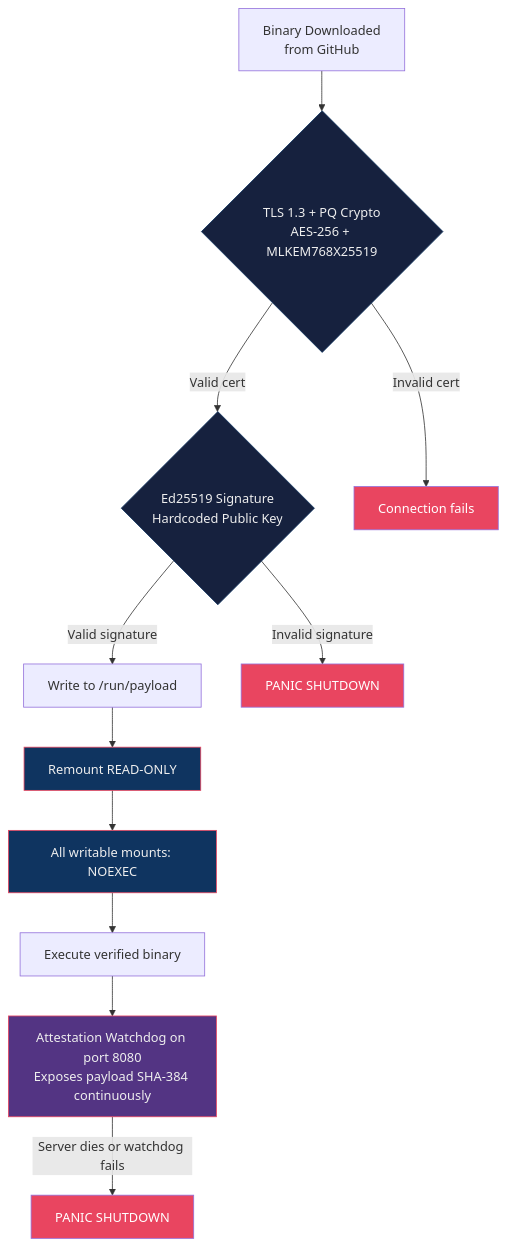
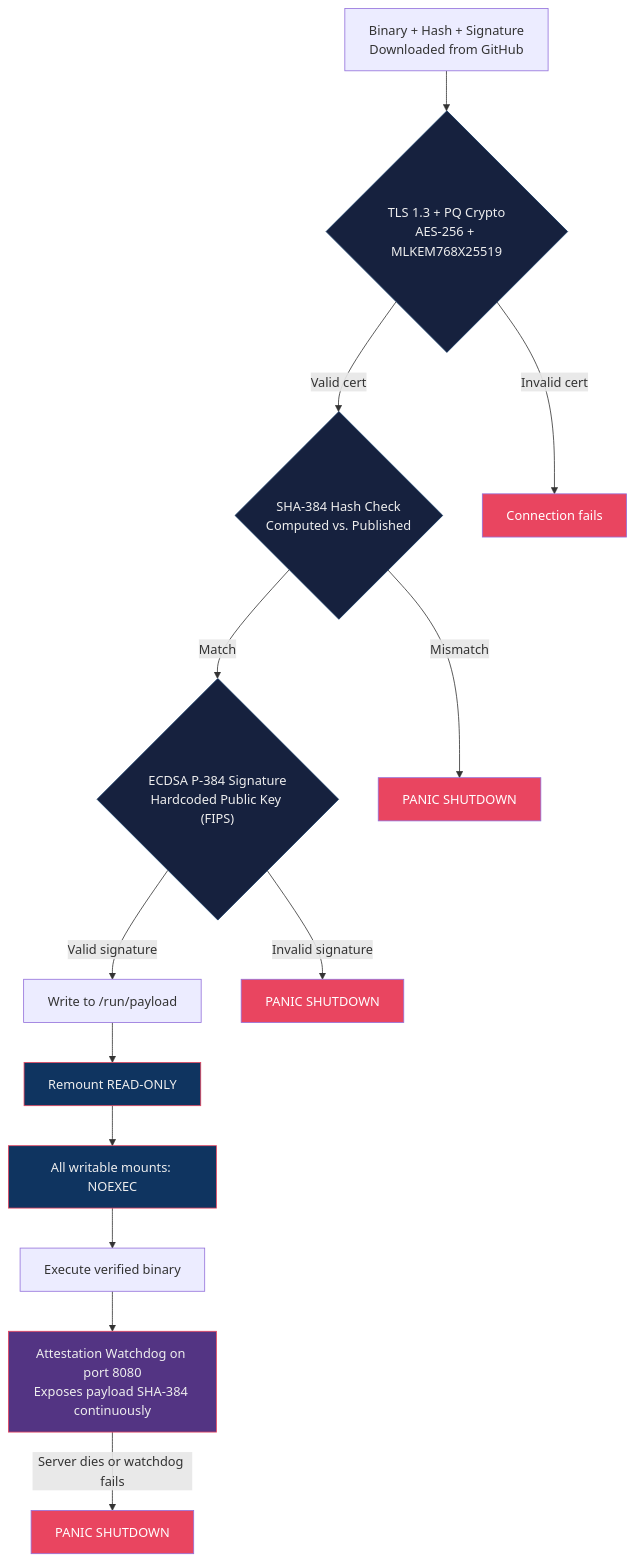
The second of 2 diagrams in docs/loader_security.md (deadrouter-ai/sev-micro-loader), drawn with Mermaid before and after one commit. The commit also changed other lines of this file and 9 other files, not shown here.

````diff
--- a/docs/loader_security.md
+++ b/docs/loader_security.md
@@ -176,29 +187,34 @@
 ```mermaid
 flowchart TB
-    DOWNLOAD["Binary Downloaded<br/>from GitHub"]
+    DOWNLOAD["Binary + Hash + Signature<br/>Downloaded from GitHub"]
     TLS{"TLS 1.3 + PQ Crypto<br/>AES-256 + MLKEM768X25519"}
-    SIG{"Ed25519 Signature<br/>Hardcoded Public Key"}
+    HASH{"SHA-384 Hash Check<br/>Computed vs. Published"}
+    SIG{"ECDSA P-384 Signature<br/>Hardcoded Public Key (FIPS)"}
     WRITE["Write to /run/payload"]
     LOCK["Remount READ-ONLY"]
     NOEXEC["All writable mounts: NOEXEC"]
     RUN["Execute verified binary"]
     WATCH["Attestation Watchdog on port 8080<br/>Exposes payload SHA-384 continuously"]
 
     DOWNLOAD --> TLS
-    TLS -->|"Valid cert"| SIG
+    TLS -->|"Valid cert"| HASH
     TLS -->|"Invalid cert"| HALT1["Connection fails"]
+    HASH -->|"Match"| SIG
+    HASH -->|"Mismatch"| HALT2["PANIC SHUTDOWN"]
     SIG -->|"Valid signature"| WRITE
-    SIG -->|"Invalid signature"| HALT2["PANIC SHUTDOWN"]
+    SIG -->|"Invalid signature"| HALT3["PANIC SHUTDOWN"]
     WRITE --> LOCK --> NOEXEC --> RUN
     RUN --> WATCH
-    WATCH -->|"Server dies or watchdog fails"| HALT3["PANIC SHUTDOWN"]
+    WATCH -->|"Server dies or watchdog fails"| HALT4["PANIC SHUTDOWN"]
 
     style HALT1 fill:#e94560,color:#fff
     style HALT2 fill:#e94560,color:#fff
     style HALT3 fill:#e94560,color:#fff
+    style HALT4 fill:#e94560,color:#fff
     style TLS fill:#16213e,stroke:#0f3460,color:#eee
+    style HASH fill:#16213e,stroke:#0f3460,color:#eee
     style SIG fill:#16213e,stroke:#0f3460,color:#eee
     style LOCK fill:#0f3460,stroke:#e94560,color:#eee
     style NOEXEC fill:#0f3460,stroke:#e94560,color:#eee
     style WATCH fill:#533483,stroke:#e94560,color:#eee
 ```
````
